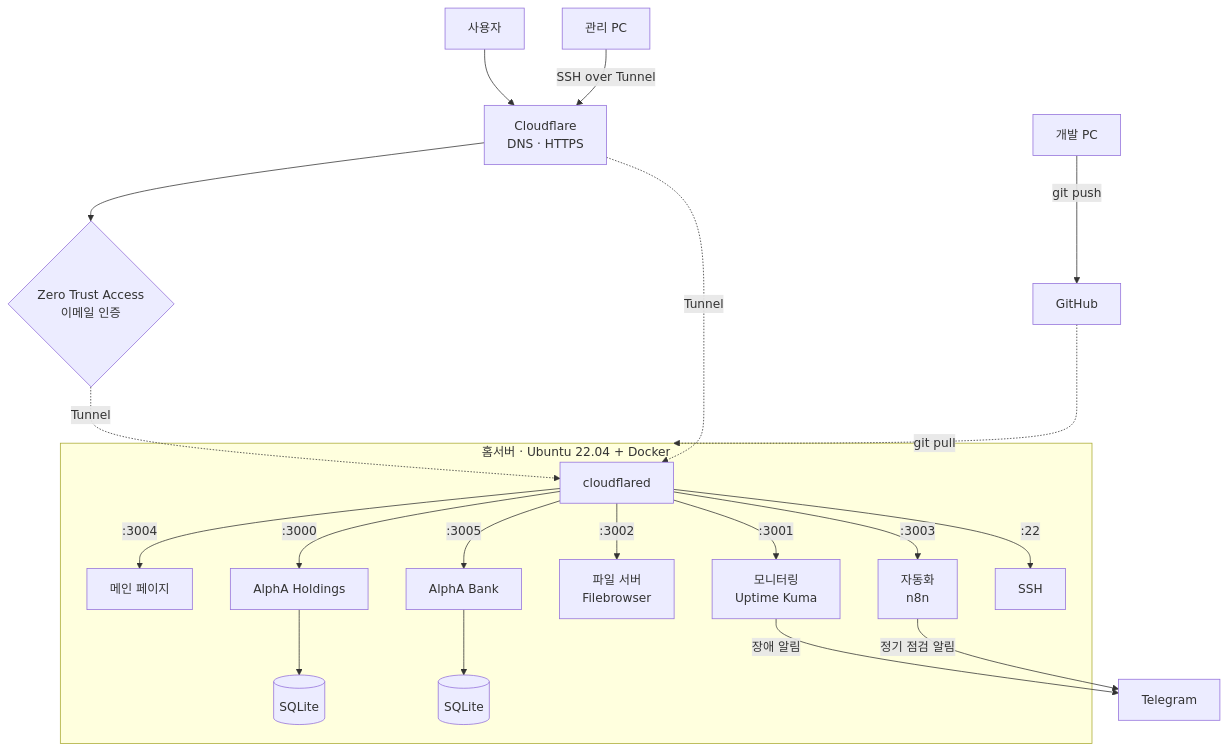
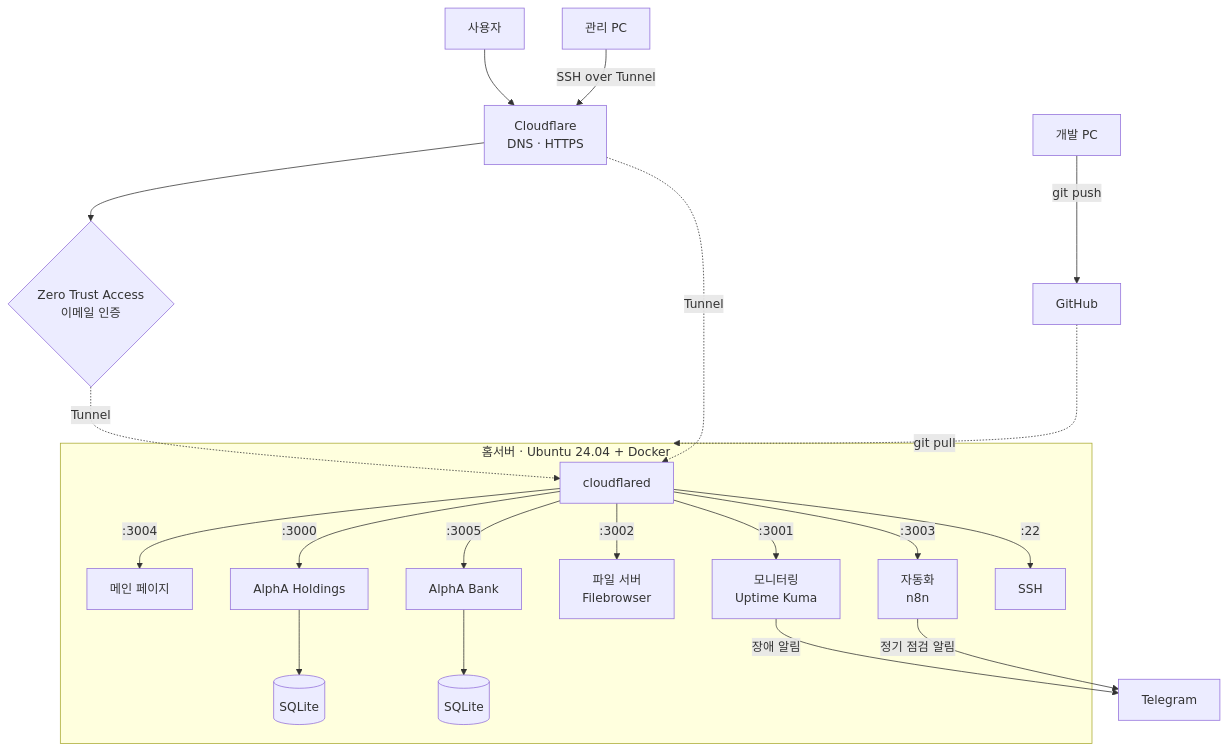
The diagram in README.md (alpha-1nc/alpha-infra), drawn with Mermaid before and after one commit.

````diff
--- a/README.md
+++ b/README.md
@@ -8,27 +8,27 @@
 ```mermaid
 flowchart TD
     User[사용자] --> CF[Cloudflare<br/>DNS · HTTPS]
     CF --> ACC{Zero Trust Access<br/>이메일 인증}
     ACC -.Tunnel.-> CFD
     CF -.Tunnel.-> CFD
 
     Admin[관리 PC] -->|SSH over Tunnel| CF
     Dev[개발 PC] -->|git push| GH[GitHub]
     GH -.git pull.-> Server
 
-    subgraph Server[홈서버 · Ubuntu 22.04 + Docker]
+    subgraph Server[홈서버 · Ubuntu 24.04 + Docker]
         CFD[cloudflared]
         CFD -->|:3004| HUB[메인 페이지]
         CFD -->|:3000| H[AlphA Holdings]
         CFD -->|:3005| B[AlphA Bank]
         CFD -->|:3002| FB[파일 서버<br/>Filebrowser]
         CFD -->|:3003| N8N[자동화<br/>n8n]
         CFD -->|:3001| UK[모니터링<br/>Uptime Kuma]
         CFD -->|:22| SSH[SSH]
         H --> HDB[(SQLite)]
         B --> BDB[(SQLite)]
     end
 
     UK -->|장애 알림| TG[Telegram]
     N8N -->|정기 점검 알림| TG
 ```
````
